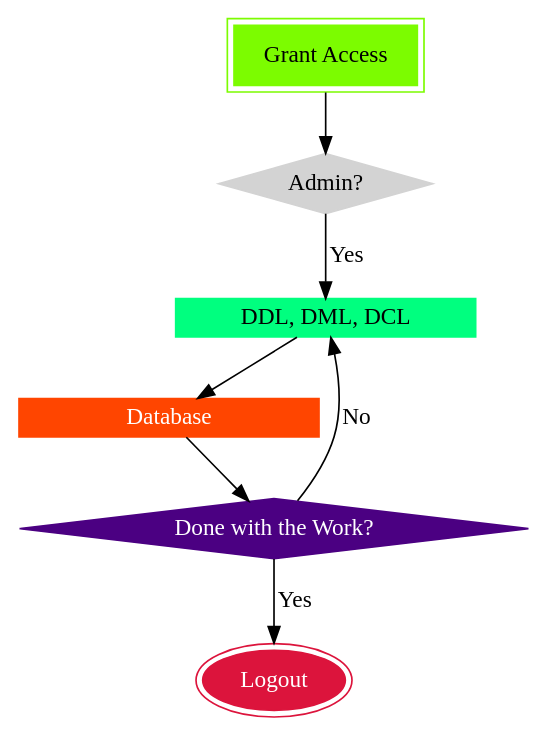
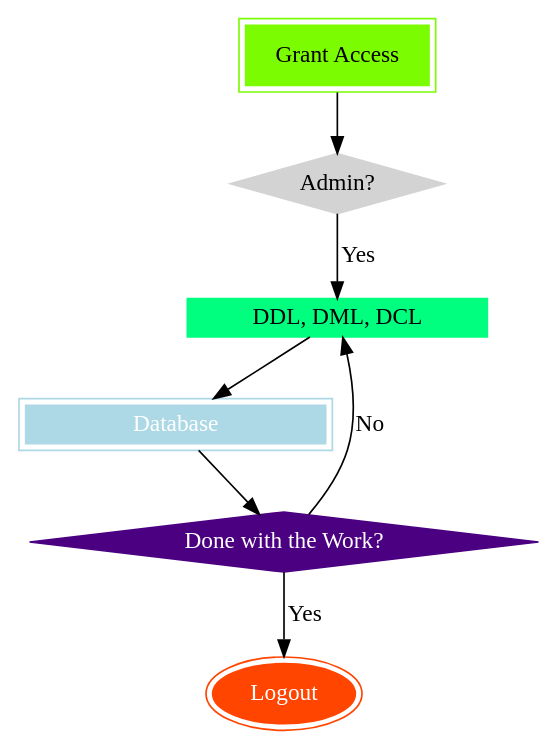
One commit to IIITM-Jay/Property-Management-System-Docs changed the diagram in docs/source/flowSequenceAdmin.rst. Above: the diagram before and after it, drawn with Graphviz.

```diff
--- a/docs/source/flowSequenceAdmin.rst
+++ b/docs/source/flowSequenceAdmin.rst
@@ -4,22 +4,22 @@
 .. graphviz::
    :align: center
 
    digraph {
       a->b
       b->c [label="Yes", labelfontcolor=green]
       c->d 
       d->e 
       e->c [label="No", labelfontcolor=green]
       e->f [label="Yes"]
      
      
       a [shape=box, label="Grant Access", peripheries=2,color=lawngreen, fontcolor=white, style=filled, fontcolor=black ]
       b [shape=diamond, label="Admin?" color="lightgray", style=filled]
       c [shape=box, label="DDL, DML, DCL", height=0.25, width=2.5, color=springgreen,style=filled, fontcolor=black ]
-      d [shape=box, label="Database", height=0.25, width=2.5, color=orangered,style=filled, fontcolor=white ]
+      d [shape=box, label="Database", peripheries=2 height=0.25, width=2.5, color=lightblue,style=filled, fontcolor=white ]
       e [shape=diamond, label="Done with the Work?", color=indigo, fontcolor=white, style=filled]
-      f [shap=ellipse, peripheries=2,color= crimson, label="Logout", style=filled, fontcolor=white];
+      f [shap=ellipse, peripheries=2,color= orangered, label="Logout", style=filled, fontcolor=white];
 
 
       
    }
```
